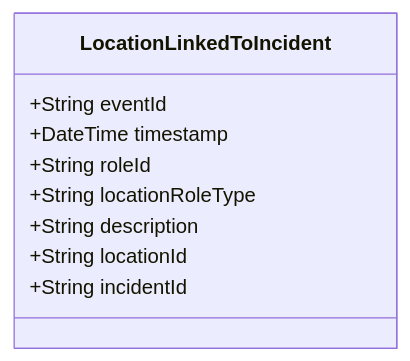
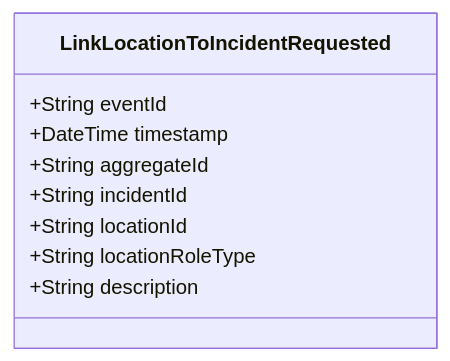
One commit to pgraff/police-system changed the diagram in doc/events/LocationLinkedToIncident.md. Above: the diagram before and after it, drawn with Mermaid. The commit also changed other lines of this file and 58 other files, not shown here.

````diff
--- a/doc/events/LocationLinkedToIncident.md
+++ b/doc/events/LocationLinkedToIncident.md
@@ -9,12 +9,12 @@
 ```mermaid
 classDiagram
-    class LocationLinkedToIncident {
+    class LinkLocationToIncidentRequested {
         +String eventId
         +DateTime timestamp
-        +String roleId
+        +String aggregateId
+        +String incidentId
+        +String locationId
         +String locationRoleType
         +String description
-        +String locationId
-        +String incidentId
     }
 ```
````
